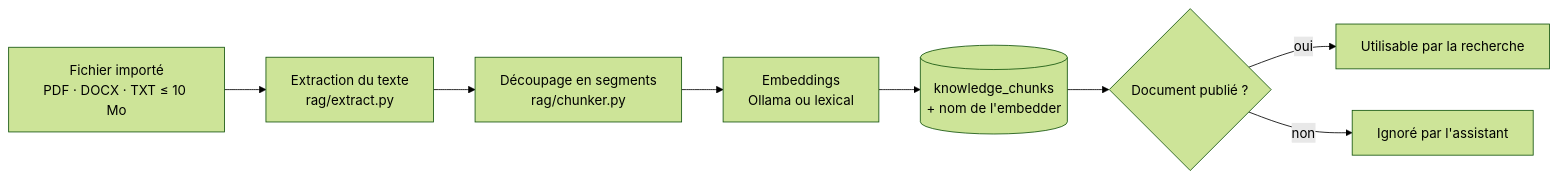
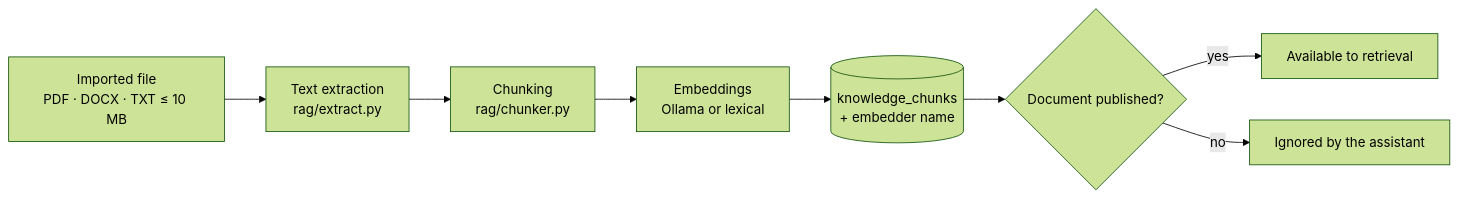
Before and after one commit to Dioumadev221/SUNUSAFEGUARD: the tenth of 17 diagrams in README.md, drawn with Mermaid (forest theme). The commit also changed other lines of this file and 1 other file, not shown here.

````diff
--- a/README.md
+++ b/README.md
@@ -402,10 +418,10 @@
 ```mermaid
 flowchart LR
-    F["Fichier importé<br/>PDF · DOCX · TXT ≤ 10 Mo"] --> X["Extraction du texte<br/>rag/extract.py"]
-    X --> C["Découpage en segments<br/>rag/chunker.py"]
-    C --> E["Embeddings<br/>Ollama ou lexical"]
-    E --> K[("knowledge_chunks<br/>+ nom de l'embedder")]
-    K --> Q{"Document publié ?"}
-    Q -->|oui| R["Utilisable par la recherche"]
-    Q -->|non| N["Ignoré par l'assistant"]
+    F["Imported file<br/>PDF · DOCX · TXT ≤ 10 MB"] --> X["Text extraction<br/>rag/extract.py"]
+    X --> C["Chunking<br/>rag/chunker.py"]
+    C --> E["Embeddings<br/>Ollama or lexical"]
+    E --> K[("knowledge_chunks<br/>+ embedder name")]
+    K --> Q{"Document published?"}
+    Q -->|yes| R["Available to retrieval"]
+    Q -->|no| N["Ignored by the assistant"]
 ```
````
